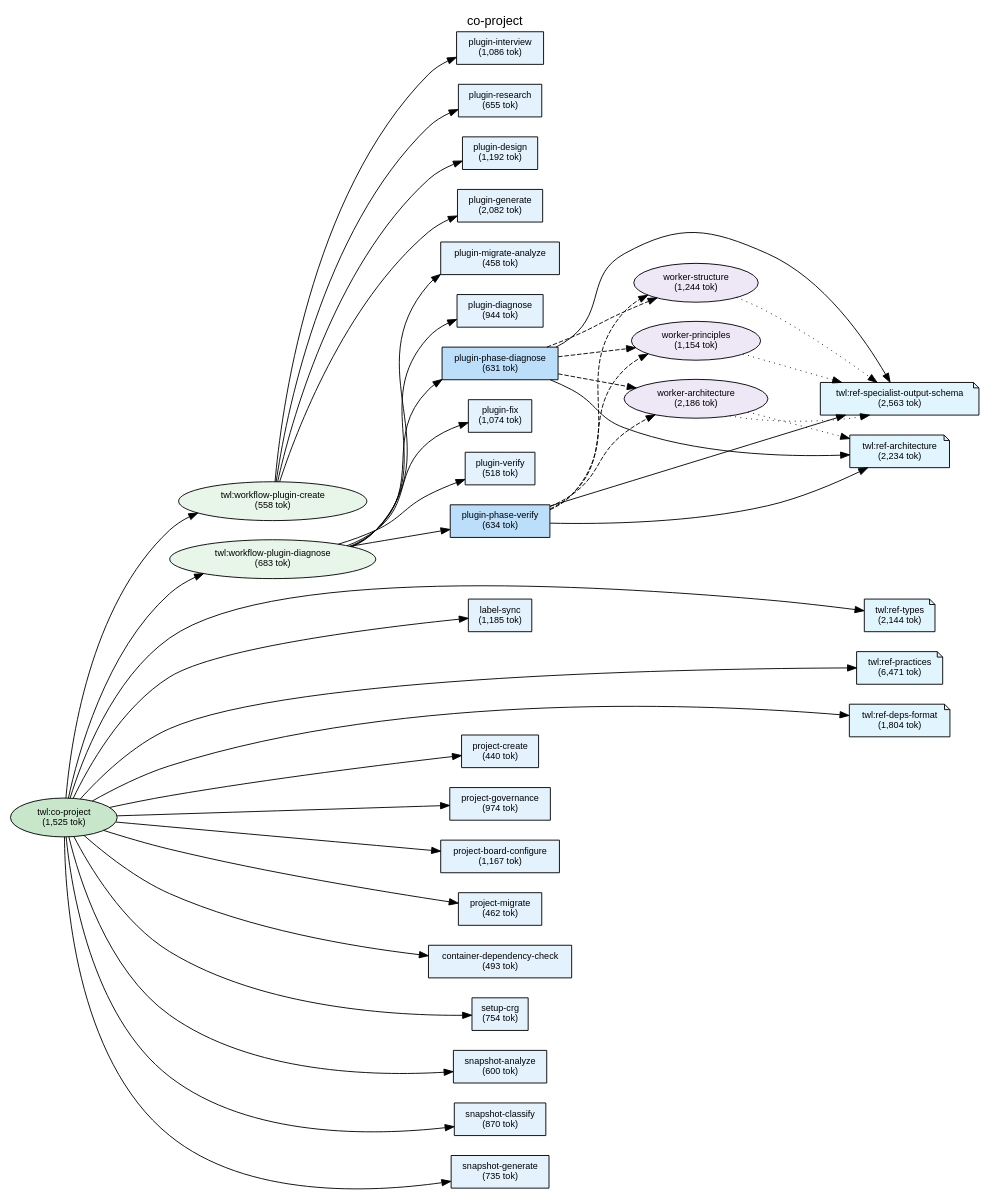
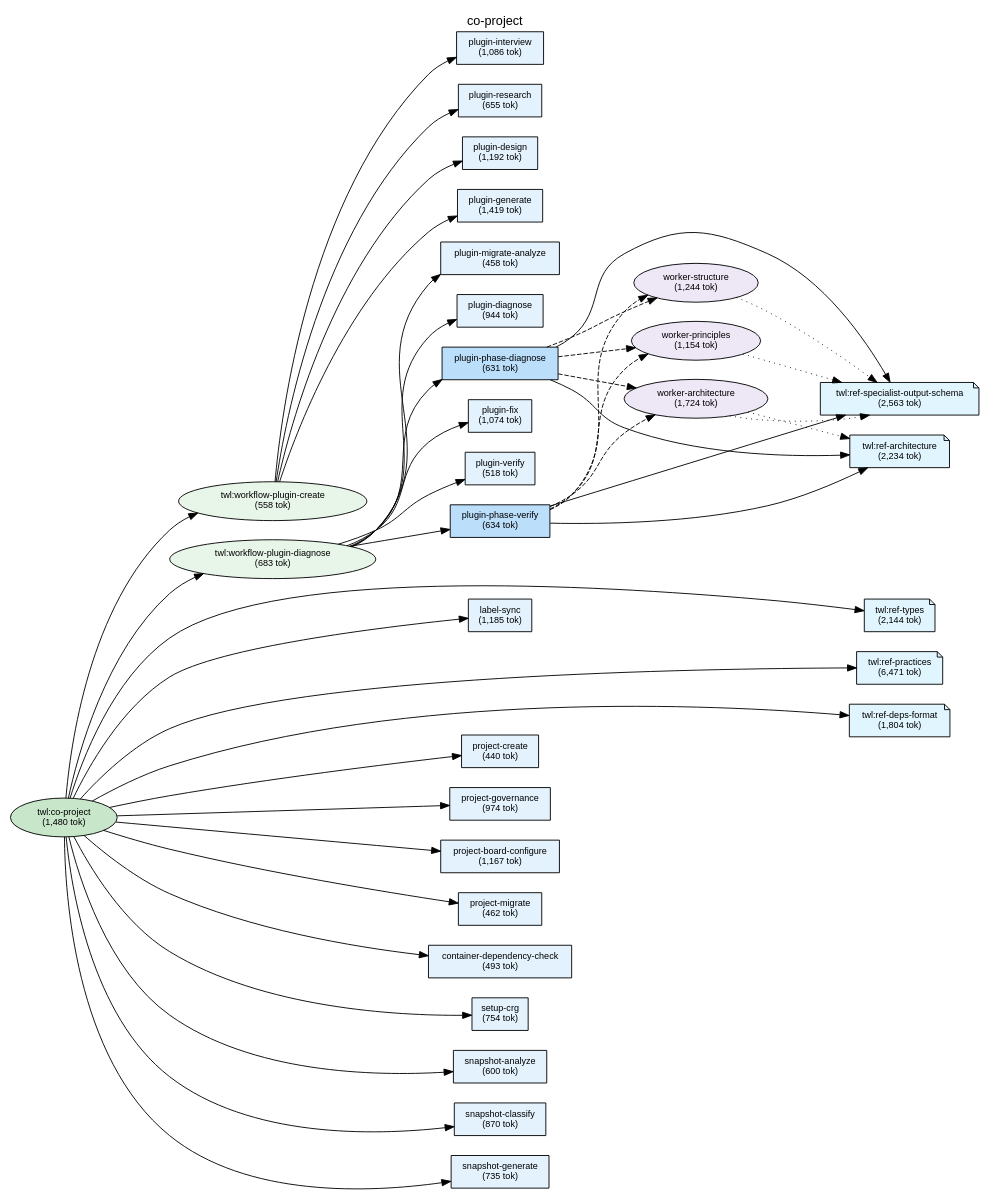
One commit to shuu5/twill changed the diagram in plugins/twl/docs/deps-co-project.dot. Above: the diagram before and after it, drawn with Graphviz. The commit also changed 29 other files, not shown here.

```diff
--- a/plugins/twl/docs/deps-co-project.dot
+++ b/plugins/twl/docs/deps-co-project.dot
@@ -1,145 +1,145 @@
 digraph Dependencies {
     // Graph settings
     rankdir=LR;
     ranksep=0.8;
     nodesep=0.3;
     fontname="Helvetica";
     node [fontname="Helvetica", fontsize=10];
     edge [fontname="Helvetica", fontsize=9];
     label="co-project";
     labelloc=t;
     fontsize=14;
 
     // L0: Controller Skills
-    skill_co_project [label="twl:co-project\n(1,525 tok)", shape=ellipse, style=filled, fillcolor="#c8e6c9"];
+    skill_co_project [label="twl:co-project\n(1,480 tok)", shape=ellipse, style=filled, fillcolor="#c8e6c9"];
 
     // L0: Launchers
 
     // L0.5: Workflow Skills
     skill_workflow_plugin_create [label="twl:workflow-plugin-create\n(558 tok)", shape=ellipse, style=filled, fillcolor="#e8f5e9"];
     skill_workflow_plugin_diagnose [label="twl:workflow-plugin-diagnose\n(683 tok)", shape=ellipse, style=filled, fillcolor="#e8f5e9"];
 
     // Reference Skills
     skill_ref_specialist_output_schema [label="twl:ref-specialist-output-schema\n(2,563 tok)", shape=note, style=filled, fillcolor="#e1f5fe"];
     skill_ref_types [label="twl:ref-types\n(2,144 tok)", shape=note, style=filled, fillcolor="#e1f5fe"];
     skill_ref_practices [label="twl:ref-practices\n(6,471 tok)", shape=note, style=filled, fillcolor="#e1f5fe"];
     skill_ref_deps_format [label="twl:ref-deps-format\n(1,804 tok)", shape=note, style=filled, fillcolor="#e1f5fe"];
     skill_ref_architecture [label="twl:ref-architecture\n(2,234 tok)", shape=note, style=filled, fillcolor="#e1f5fe"];
 
     // L1: Direct Commands
     cmd_label_sync [label="label-sync\n(1,185 tok)", shape=box, style=filled, fillcolor="#e3f2fd"];
     cmd_project_create [label="project-create\n(440 tok)", shape=box, style=filled, fillcolor="#e3f2fd"];
     cmd_project_board_configure [label="project-board-configure\n(1,167 tok)", shape=box, style=filled, fillcolor="#e3f2fd"];
     cmd_project_governance [label="project-governance\n(974 tok)", shape=box, style=filled, fillcolor="#e3f2fd"];
     cmd_project_migrate [label="project-migrate\n(462 tok)", shape=box, style=filled, fillcolor="#e3f2fd"];
     cmd_container_dependency_check [label="container-dependency-check\n(493 tok)", shape=box, style=filled, fillcolor="#e3f2fd"];
     cmd_setup_crg [label="setup-crg\n(754 tok)", shape=box, style=filled, fillcolor="#e3f2fd"];
     cmd_snapshot_analyze [label="snapshot-analyze\n(600 tok)", shape=box, style=filled, fillcolor="#e3f2fd"];
     cmd_snapshot_classify [label="snapshot-classify\n(870 tok)", shape=box, style=filled, fillcolor="#e3f2fd"];
     cmd_snapshot_generate [label="snapshot-generate\n(735 tok)", shape=box, style=filled, fillcolor="#e3f2fd"];
     cmd_plugin_interview [label="plugin-interview\n(1,086 tok)", shape=box, style=filled, fillcolor="#e3f2fd"];
     cmd_plugin_research [label="plugin-research\n(655 tok)", shape=box, style=filled, fillcolor="#e3f2fd"];
     cmd_plugin_design [label="plugin-design\n(1,192 tok)", shape=box, style=filled, fillcolor="#e3f2fd"];
-    cmd_plugin_generate [label="plugin-generate\n(2,082 tok)", shape=box, style=filled, fillcolor="#e3f2fd"];
+    cmd_plugin_generate [label="plugin-generate\n(1,419 tok)", shape=box, style=filled, fillcolor="#e3f2fd"];
     cmd_plugin_migrate_analyze [label="plugin-migrate-analyze\n(458 tok)", shape=box, style=filled, fillcolor="#e3f2fd"];
     cmd_plugin_diagnose [label="plugin-diagnose\n(944 tok)", shape=box, style=filled, fillcolor="#e3f2fd"];
     cmd_plugin_fix [label="plugin-fix\n(1,074 tok)", shape=box, style=filled, fillcolor="#e3f2fd"];
     cmd_plugin_verify [label="plugin-verify\n(518 tok)", shape=box, style=filled, fillcolor="#e3f2fd"];
     cmd_plugin_phase_diagnose [label="plugin-phase-diagnose\n(631 tok)", shape=box, style=filled, fillcolor="#bbdefb"];
     cmd_plugin_phase_verify [label="plugin-phase-verify\n(634 tok)", shape=box, style=filled, fillcolor="#bbdefb"];
 
     // L2: Sub Commands
 
     // L3: Agents
     agent_worker_structure [label="worker-structure\n(1,244 tok)", shape=ellipse, style=filled, fillcolor="#ede7f6"];
     agent_worker_principles [label="worker-principles\n(1,154 tok)", shape=ellipse, style=filled, fillcolor="#ede7f6"];
-    agent_worker_architecture [label="worker-architecture\n(2,186 tok)", shape=ellipse, style=filled, fillcolor="#ede7f6"];
+    agent_worker_architecture [label="worker-architecture\n(1,724 tok)", shape=ellipse, style=filled, fillcolor="#ede7f6"];
 
     // L3.5: Scripts
 
     // L4: External
 
     // Layer constraints
     { rank=same; skill_co_project; }
     { rank=same; skill_workflow_plugin_create; skill_workflow_plugin_diagnose; }
     { rank=same; skill_ref_specialist_output_schema; skill_ref_types; skill_ref_practices; skill_ref_deps_format; skill_ref_architecture; }
     { rank=same; cmd_label_sync; cmd_project_create; cmd_project_board_configure; cmd_project_governance; cmd_project_migrate; cmd_container_dependency_check; cmd_setup_crg; cmd_snapshot_analyze; cmd_snapshot_classify; cmd_snapshot_generate; cmd_plugin_interview; cmd_plugin_research; cmd_plugin_design; cmd_plugin_generate; cmd_plugin_migrate_analyze; cmd_plugin_diagnose; cmd_plugin_fix; cmd_plugin_verify; cmd_plugin_phase_diagnose; cmd_plugin_phase_verify; }
     { rank=same; agent_worker_structure; agent_worker_principles; agent_worker_architecture; }
 
     // Edges
     skill_co_project -> cmd_project_create;
     skill_co_project -> cmd_project_governance;
     skill_co_project -> cmd_project_board_configure;
     skill_co_project -> cmd_project_migrate;
     skill_co_project -> cmd_container_dependency_check;
     skill_co_project -> cmd_setup_crg;
     skill_co_project -> cmd_snapshot_analyze;
     skill_co_project -> cmd_snapshot_classify;
     skill_co_project -> cmd_snapshot_generate;
     skill_co_project -> skill_workflow_plugin_create;
     skill_co_project -> skill_workflow_plugin_diagnose;
     skill_co_project -> cmd_label_sync;
     skill_co_project -> skill_ref_types;
     skill_co_project -> skill_ref_practices;
     skill_co_project -> skill_ref_deps_format;
     skill_workflow_plugin_create -> cmd_plugin_interview;
     skill_workflow_plugin_create -> cmd_plugin_research;
     skill_workflow_plugin_create -> cmd_plugin_design;
     skill_workflow_plugin_create -> cmd_plugin_generate;
     skill_workflow_plugin_diagnose -> cmd_plugin_migrate_analyze;
     skill_workflow_plugin_diagnose -> cmd_plugin_diagnose;
     skill_workflow_plugin_diagnose -> cmd_plugin_phase_diagnose;
     skill_workflow_plugin_diagnose -> cmd_plugin_fix;
     skill_workflow_plugin_diagnose -> cmd_plugin_verify;
     skill_workflow_plugin_diagnose -> cmd_plugin_phase_verify;
     cmd_plugin_phase_diagnose -> agent_worker_structure [style=dashed];
     cmd_plugin_phase_diagnose -> agent_worker_principles [style=dashed];
     cmd_plugin_phase_diagnose -> agent_worker_architecture [style=dashed];
     cmd_plugin_phase_diagnose -> skill_ref_specialist_output_schema;
     cmd_plugin_phase_diagnose -> skill_ref_architecture;
     cmd_plugin_phase_verify -> agent_worker_structure [style=dashed];
     cmd_plugin_phase_verify -> agent_worker_principles [style=dashed];
     cmd_plugin_phase_verify -> agent_worker_architecture [style=dashed];
     cmd_plugin_phase_verify -> skill_ref_specialist_output_schema;
     cmd_plugin_phase_verify -> skill_ref_architecture;
     agent_worker_structure -> skill_ref_specialist_output_schema [style=dotted];
     agent_worker_principles -> skill_ref_specialist_output_schema [style=dotted];
     agent_worker_architecture -> skill_ref_specialist_output_schema [style=dotted];
     agent_worker_architecture -> skill_ref_architecture [style=dotted];
 
     // Ordering constraints (invisible edges)
     cmd_project_create -> cmd_project_governance [style=invis, weight=10];
     cmd_project_governance -> cmd_project_board_configure [style=invis, weight=10];
     cmd_project_board_configure -> cmd_project_migrate [style=invis, weight=10];
     cmd_project_migrate -> cmd_container_dependency_check [style=invis, weight=10];
     cmd_container_dependency_check -> cmd_setup_crg [style=invis, weight=10];
     cmd_setup_crg -> cmd_snapshot_analyze [style=invis, weight=10];
     cmd_snapshot_analyze -> cmd_snapshot_classify [style=invis, weight=10];
     cmd_snapshot_classify -> cmd_snapshot_generate [style=invis, weight=10];
     cmd_snapshot_generate -> skill_workflow_plugin_create [style=invis, weight=10];
     skill_workflow_plugin_create -> skill_workflow_plugin_diagnose [style=invis, weight=10];
     skill_workflow_plugin_diagnose -> cmd_label_sync [style=invis, weight=10];
     cmd_label_sync -> skill_ref_types [style=invis, weight=10];
     skill_ref_types -> skill_ref_practices [style=invis, weight=10];
     skill_ref_practices -> skill_ref_deps_format [style=invis, weight=10];
     cmd_plugin_interview -> cmd_plugin_research [style=invis, weight=10];
     cmd_plugin_research -> cmd_plugin_design [style=invis, weight=10];
     cmd_plugin_design -> cmd_plugin_generate [style=invis, weight=10];
     cmd_plugin_migrate_analyze -> cmd_plugin_diagnose [style=invis, weight=10];
     cmd_plugin_diagnose -> cmd_plugin_phase_diagnose [style=invis, weight=10];
     cmd_plugin_phase_diagnose -> cmd_plugin_fix [style=invis, weight=10];
     cmd_plugin_fix -> cmd_plugin_verify [style=invis, weight=10];
     cmd_plugin_verify -> cmd_plugin_phase_verify [style=invis, weight=10];
     agent_worker_structure -> agent_worker_principles [style=invis, weight=10];
     agent_worker_principles -> agent_worker_architecture [style=invis, weight=10];
     agent_worker_architecture -> skill_ref_specialist_output_schema [style=invis, weight=10];
     skill_ref_specialist_output_schema -> skill_ref_architecture [style=invis, weight=10];
     agent_worker_structure -> agent_worker_principles [style=invis, weight=10];
     agent_worker_principles -> agent_worker_architecture [style=invis, weight=10];
     agent_worker_architecture -> skill_ref_specialist_output_schema [style=invis, weight=10];
     skill_ref_specialist_output_schema -> skill_ref_architecture [style=invis, weight=10];
     agent_worker_structure -> agent_worker_principles [style=invis, weight=10];
     agent_worker_structure -> agent_worker_principles [style=invis, weight=10];
     agent_worker_architecture -> skill_ref_specialist_output_schema [style=invis, weight=10];
 
 }
```
